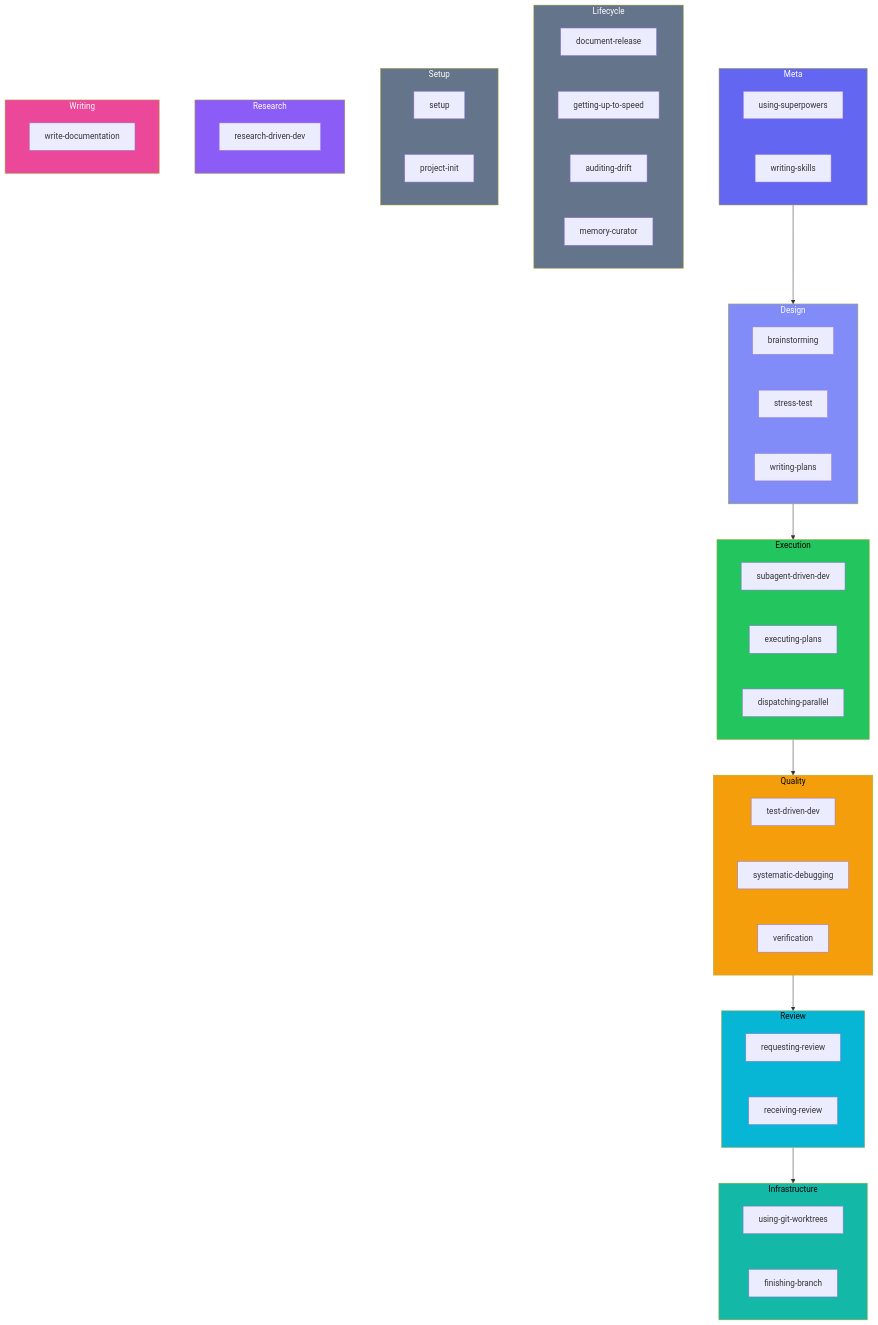
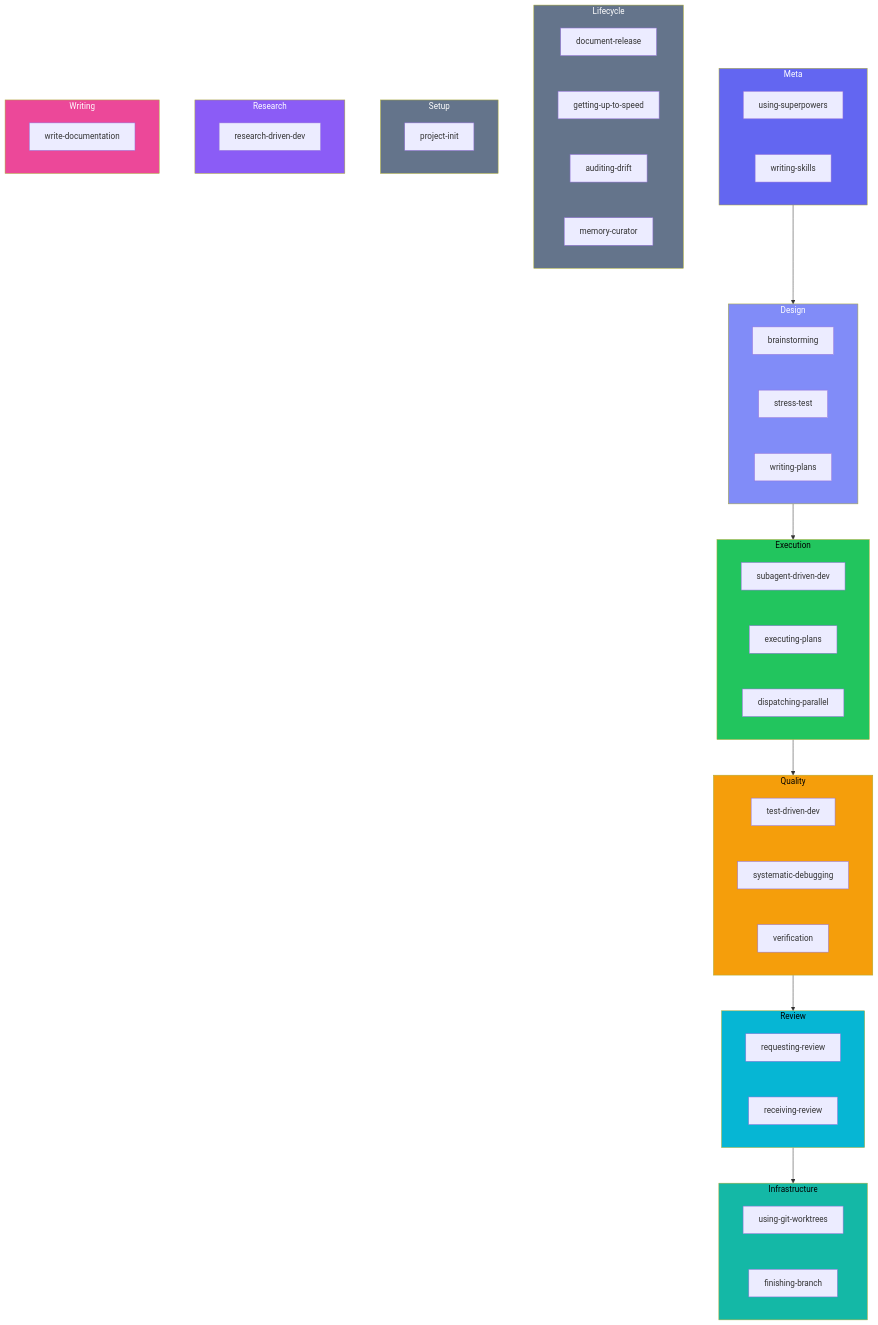
The first of 2 diagrams in docs/skills.zh.md (the-inconvenience-store/beads-superpowers), drawn with Mermaid before and after one commit. The commit also changed other lines of this file and 11 other files, not shown here.

````diff
--- a/docs/skills.zh.md
+++ b/docs/skills.zh.md
@@ -51,69 +51,68 @@
 ```mermaid
 ---
 config:
   flowchart:
     nodeSpacing: 70
     rankSpacing: 70
 ---
 graph TD
   subgraph Meta
     US["using-superpowers"]
     WS["writing-skills"]
   end
   subgraph Design
     BR["brainstorming"]
     STR["stress-test"]
     WP["writing-plans"]
   end
   subgraph Execution
     SDD["subagent-driven-dev"]
     EP["executing-plans"]
     DPA["dispatching-parallel"]
   end
   subgraph Quality
     TDD["test-driven-dev"]
     SD["systematic-debugging"]
     VBC["verification"]
   end
   subgraph Review
     RCR["requesting-review"]
     REC["receiving-review"]
   end
   subgraph Infra ["Infrastructure"]
     WT["using-git-worktrees"]
     FAB["finishing-branch"]
   end
   subgraph Lifecycle
     DR["document-release"]
     GUS["getting-up-to-speed"]
     AUD["auditing-drift"]
     MC["memory-curator"]
   end
   subgraph Setup
-    SET["setup"]
     PI["project-init"]
   end
   subgraph Research
     RDD["research-driven-dev"]
   end
   subgraph Writing
     WD["write-documentation"]
   end
 
   Meta --> Design
   Design --> Execution
   Execution --> Quality
   Quality --> Review
   Review --> Infra
 
   style Meta fill:#6366f1,color:#fff
   style Design fill:#818cf8,color:#fff
   style Execution fill:#22c55e,color:#000
   style Quality fill:#f59e0b,color:#000
   style Review fill:#06b6d4,color:#000
   style Infra fill:#14b8a6,color:#000
   style Lifecycle fill:#64748b,color:#fff
   style Setup fill:#64748b,color:#fff
   style Research fill:#8b5cf6,color:#fff
   style Writing fill:#ec4899,color:#fff
 ```
````
